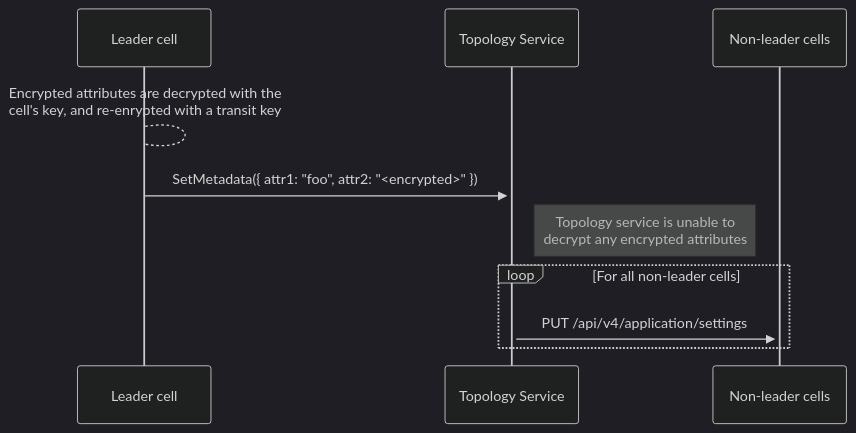
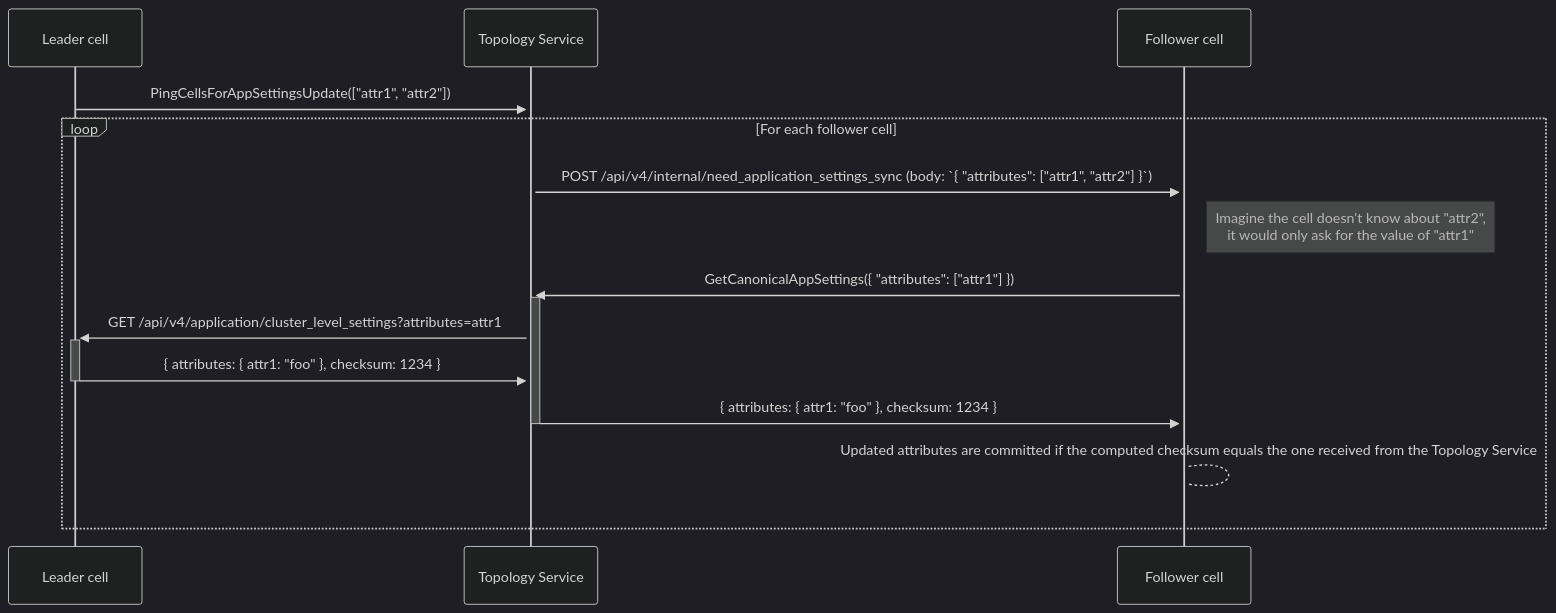
One commit to moliver28/research-handbook changed the second of 2 diagrams in content/handbook/engineering/architecture/design-documents/cells/impacted_features/admin-area.md. Above: the diagram before and after it, drawn with Mermaid (dark theme). The commit also changed other lines of this file, not shown here.

````diff
--- a/content/handbook/engineering/architecture/design-documents/cells/impacted_features/admin-area.md
+++ b/content/handbook/engineering/architecture/design-documents/cells/impacted_features/admin-area.md
@@ -216,9 +229,13 @@
 ```mermaid
 sequenceDiagram
-    Leader cell-->Leader cell: Encrypted attributes are decrypted with the<br>cell's key, and re-enrypted with a transit key
-    Leader cell->>+Topology Service: SetMetadata({ attr1: "foo", attr2: "<encrypted>" })
-    Note right of Topology Service: Topology service is unable to<br>decrypt any encrypted attributes
-    loop For all non-leader cells
-        Topology Service->>+Non-leader cells: PUT /api/v4/application/settings
+    Leader cell->>+Topology Service: PingCellsForAppSettingsUpdate(["attr1", "attr2"])
+    loop For each follower cell
+        Topology Service->>+Follower cell: POST /api/v4/internal/need_application_settings_sync (body: `{ "attributes": ["attr1", "attr2"] }`)
+        Note right of Follower cell: Imagine the cell doesn't know about "attr2",<br>it would only ask for the value of "attr1"
+        Follower cell->>+Topology Service: GetCanonicalAppSettings({ "attributes": ["attr1"] })
+        Topology Service->>+Leader cell: GET /api/v4/application/cluster_level_settings?attributes=attr1
+        Leader cell->>-Topology Service: { attributes: { attr1: "foo" }, checksum: 1234 }
+        Topology Service->>-Follower cell: { attributes: { attr1: "foo" }, checksum: 1234 }
+        Follower cell-->Follower cell: Updated attributes are committed if the computed checksum equals the one received from the Topology Service
     end
 ```
````
